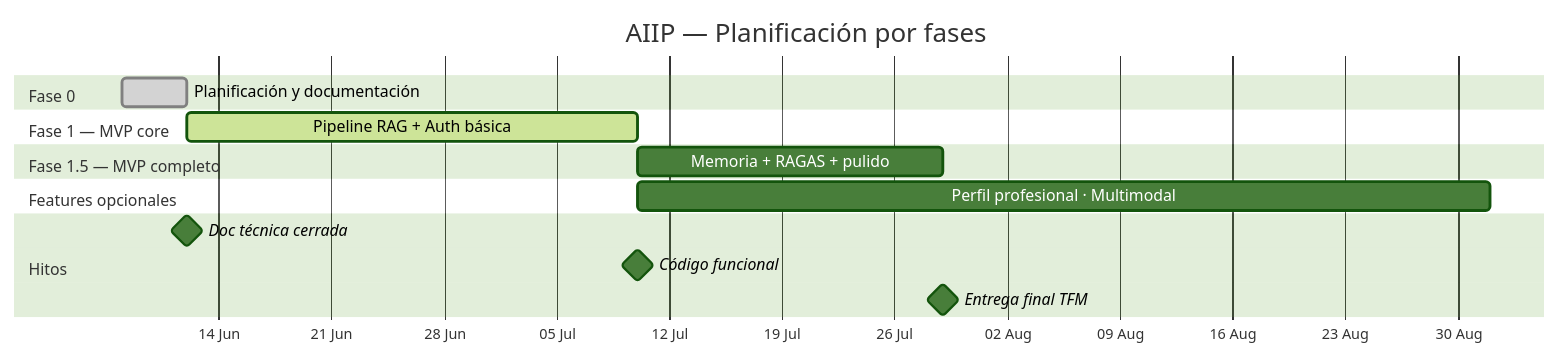
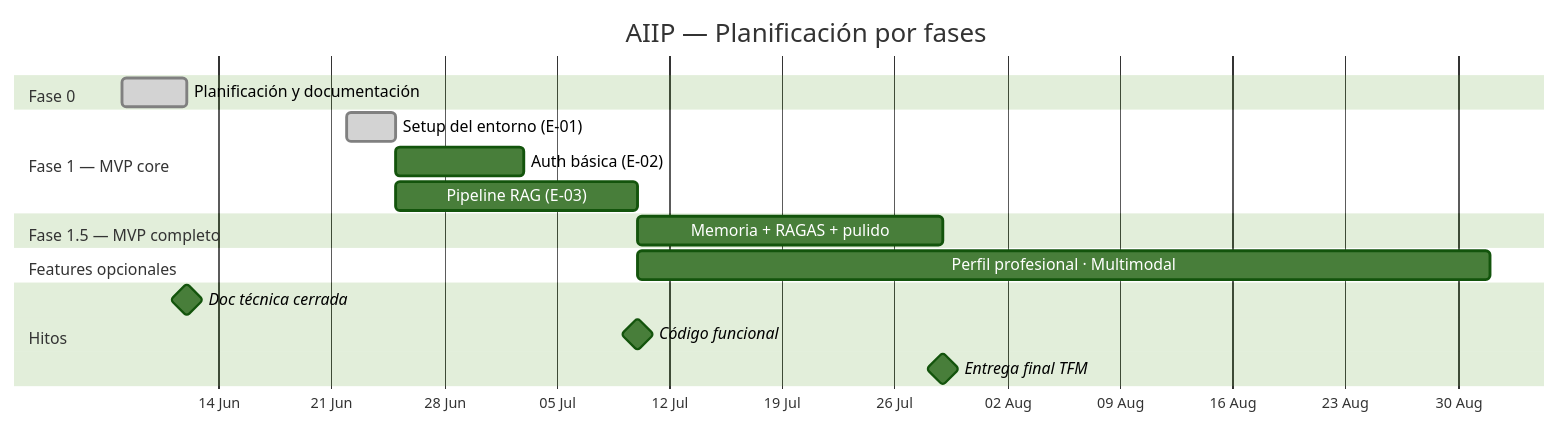
One commit to mimpho/aiip changed the diagram in README.md. Above: the diagram before and after it, drawn with Mermaid (forest theme). The commit also changed other lines of this file and 6 other files, not shown here.

````diff
--- a/README.md
+++ b/README.md
@@ -46,23 +46,25 @@
 ```mermaid
 gantt
     title AIIP — Planificación por fases
     dateFormat  YYYY-MM-DD
     axisFormat  %d %b
 
     section Fase 0
     Planificación y documentación     :done,    f0, 2026-06-08, 2026-06-12
 
     section Fase 1 — MVP core
-    Pipeline RAG + Auth básica        :active,  f1, 2026-06-12, 2026-07-10
+    Setup del entorno (E-01)          :done,    f1a, 2026-06-22, 2026-06-25
+    Auth básica (E-02)                :         f1b, 2026-06-25, 2026-07-03
+    Pipeline RAG (E-03)               :         f1c, 2026-06-25, 2026-07-10
 
     section Fase 1.5 — MVP completo
     Memoria + RAGAS + pulido          :         f15, 2026-07-10, 2026-07-29
 
     section Features opcionales
     Perfil profesional · Multimodal   :         fo, 2026-07-10, 2026-09-01
 
     section Hitos
     Doc técnica cerrada               :milestone, 2026-06-12, 0d
     Código funcional                  :milestone, 2026-07-10, 0d
     Entrega final TFM                 :milestone, 2026-07-29, 0d
 ```
````
